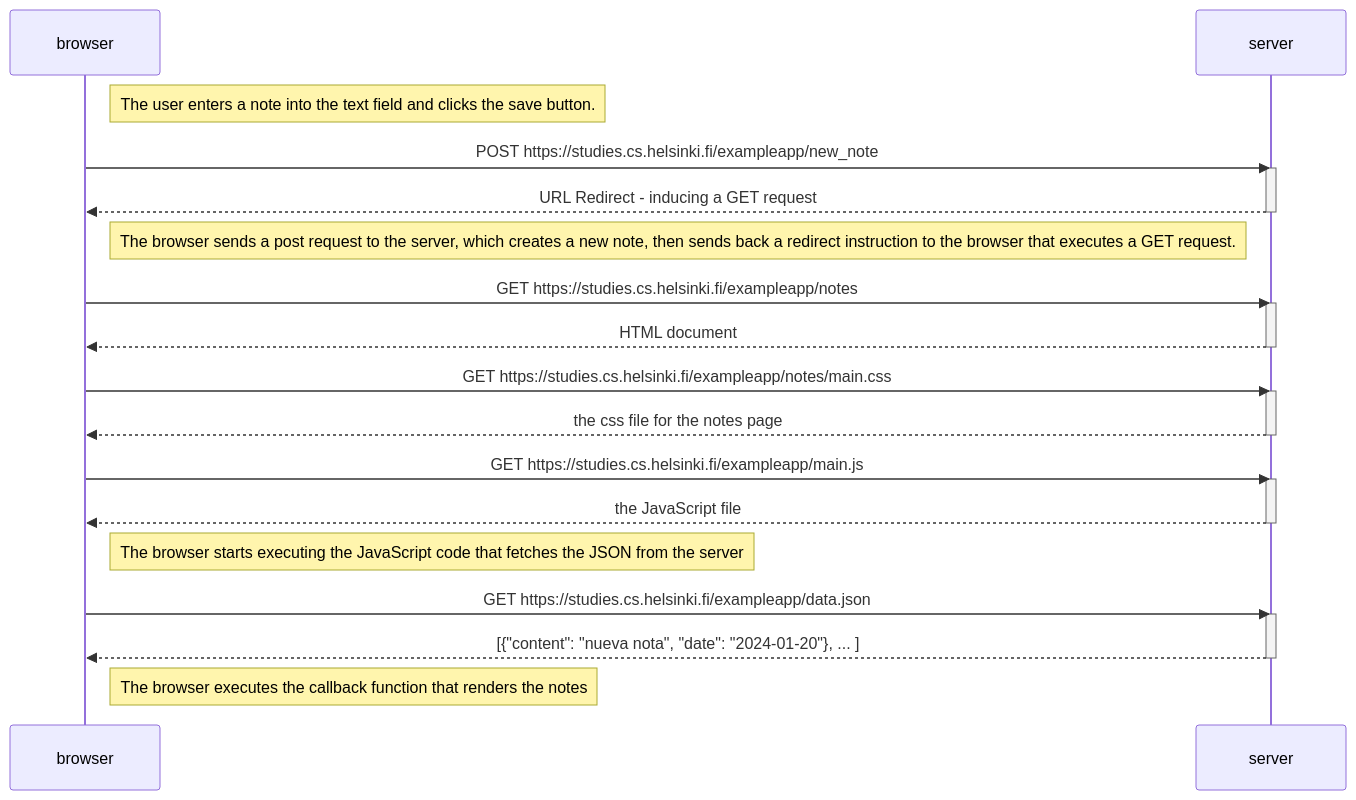
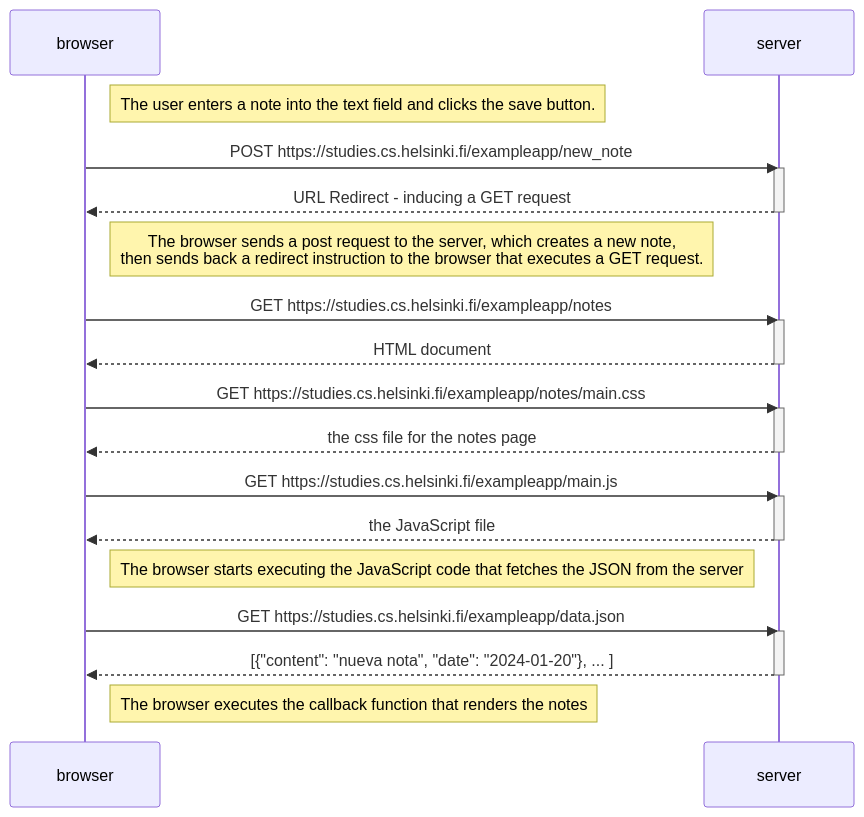
One commit to medfad7/full_stack_open_course changed the diagram in part0/new-note-diagram.md. Above: the diagram before and after it, drawn with Mermaid.

````diff
--- a/part0/new-note-diagram.md
+++ b/part0/new-note-diagram.md
@@ -1,38 +1,38 @@
 ```mermaid
   sequenceDiagram
       participant browser
       participant server
   
       Note right of browser: The user enters a note into the text field and clicks the save button.
   
       browser->>server: POST https://studies.cs.helsinki.fi/exampleapp/new_note
       activate server
       server-->>browser: URL Redirect - inducing a GET request
       deactivate server
   
-      Note right of browser: The browser sends a post request to the server, which creates a new note, then sends back a redirect instruction to the browser that executes a GET request.
+      Note right of browser: The browser sends a post request to the server, which creates a new note,<br> then sends back a redirect instruction to the browser that executes a GET request.
   
       browser->>server: GET https://studies.cs.helsinki.fi/exampleapp/notes
       activate server
       server-->>browser: HTML document
       deactivate server
   
       browser->>server: GET https://studies.cs.helsinki.fi/exampleapp/notes/main.css
       activate server
       server-->>browser: the css file for the notes page
       deactivate server
   
       browser->>server: GET https://studies.cs.helsinki.fi/exampleapp/main.js
       activate server
       server-->>browser: the JavaScript file
       deactivate server
   
       Note right of browser: The browser starts executing the JavaScript code that fetches the JSON from the server
   
       browser->>server: GET https://studies.cs.helsinki.fi/exampleapp/data.json
       activate server
       server-->>browser: [{"content": "nueva nota", "date": "2024-01-20"}, ... ]
       deactivate server
   
       Note right of browser: The browser executes the callback function that renders the notes
 ```
````
